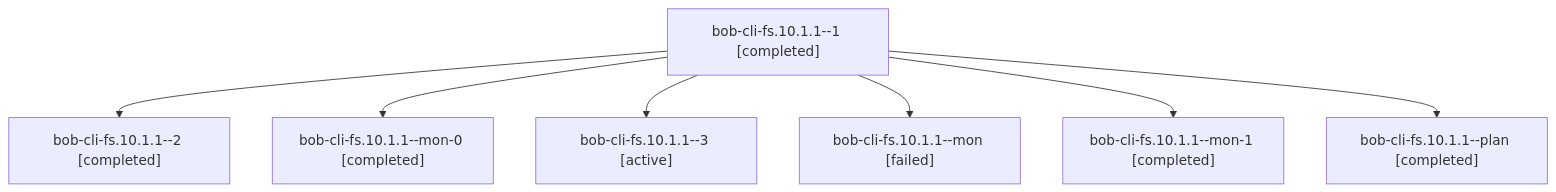
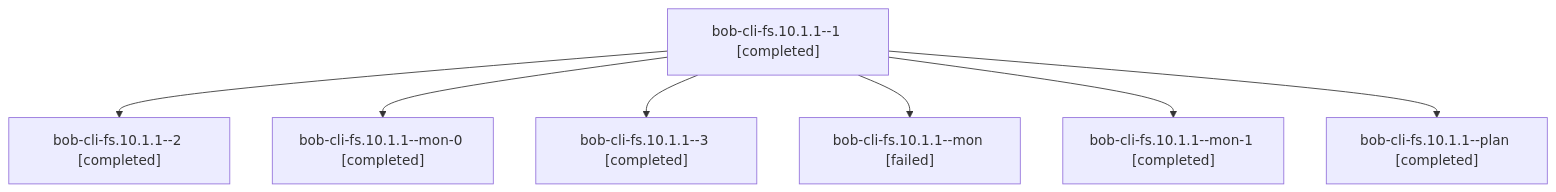
One commit to bobs-org/bob-cli--agents changed the diagram in sessions/bbugyi200.athena.bob-cli-fs.10.1.1.md. Above: the diagram before and after it, drawn with Mermaid. The commit also changed other lines of this file and 102 other files, not shown here.

````diff
--- a/sessions/bbugyi200.athena.bob-cli-fs.10.1.1.md
+++ b/sessions/bbugyi200.athena.bob-cli-fs.10.1.1.md
@@ -9,16 +9,16 @@
 ```mermaid
 flowchart TD
   n0["bob-cli-fs.10.1.1--1 [completed]"]
   n1["bob-cli-fs.10.1.1--2 [completed]"]
   n0 --> n1
   n2["bob-cli-fs.10.1.1--mon-0 [completed]"]
   n0 --> n2
-  n3["bob-cli-fs.10.1.1--3 [active]"]
+  n3["bob-cli-fs.10.1.1--3 [completed]"]
   n0 --> n3
   n4["bob-cli-fs.10.1.1--mon [failed]"]
   n0 --> n4
   n5["bob-cli-fs.10.1.1--mon-1 [completed]"]
   n0 --> n5
   n6["bob-cli-fs.10.1.1--plan [completed]"]
   n0 --> n6
 ```
````
